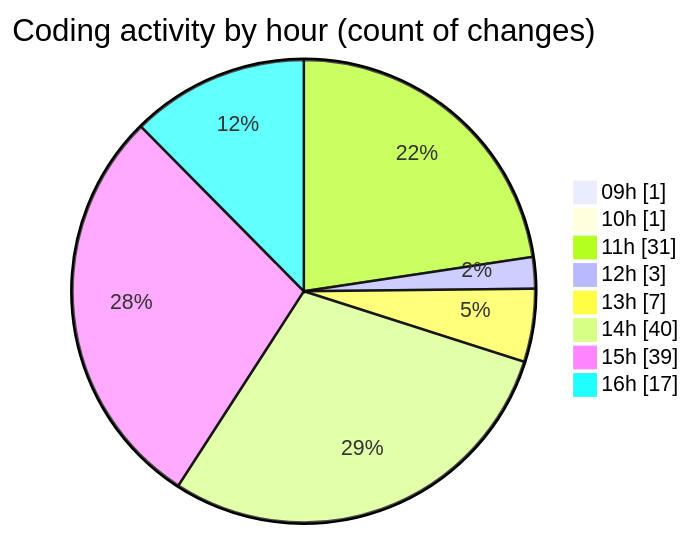
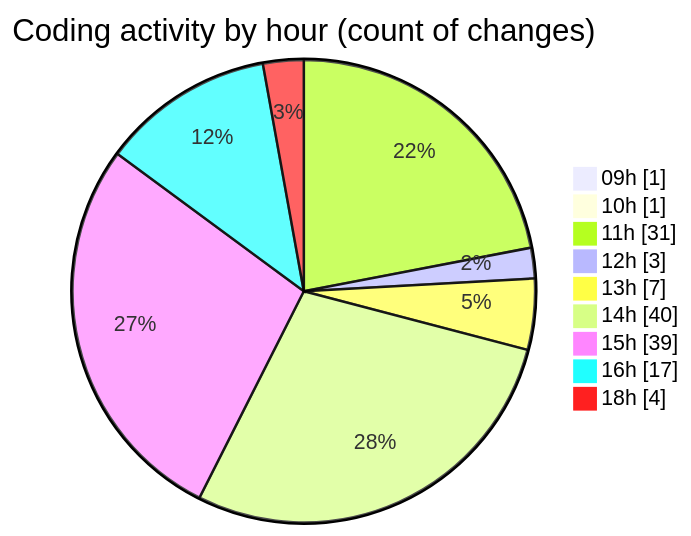
Before and after one commit to momahboobian/code-tracking: the second of 2 diagrams in 2026-01-28/cda/README.md, drawn with Mermaid. The commit also changed other lines of this file and 1 other file, not shown here.

````diff
--- a/2026-01-28/cda/README.md
+++ b/2026-01-28/cda/README.md
@@ -35,12 +35,13 @@
 ```mermaid
 pie showData
 title Coding activity by hour (count of changes)
 "09h" : 1
 "10h" : 1
 "11h" : 31
 "12h" : 3
 "13h" : 7
 "14h" : 40
 "15h" : 39
 "16h" : 17
+"18h" : 4
 ```
````
